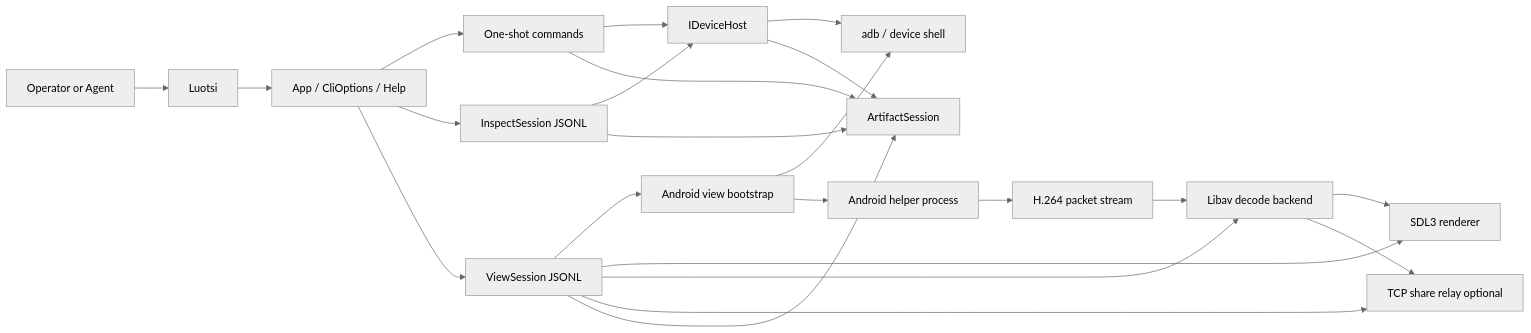
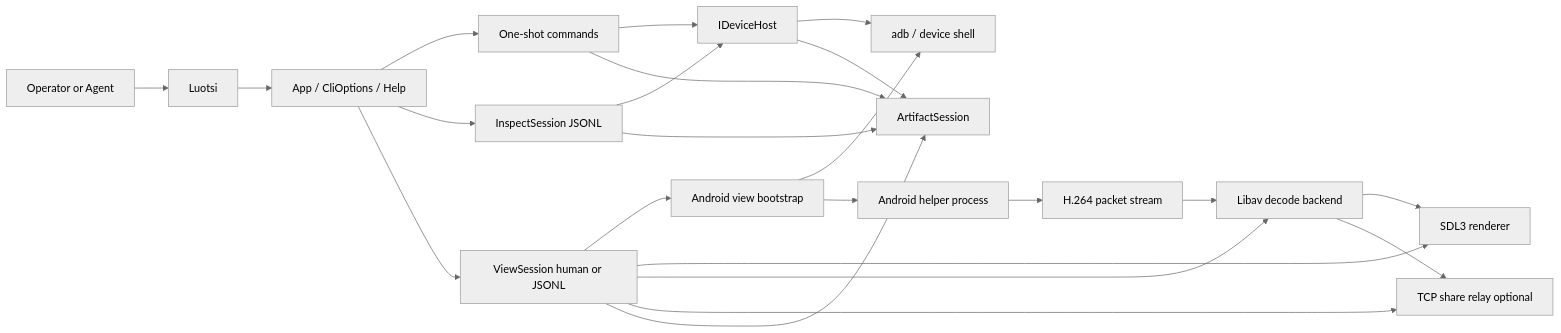
Before and after one commit to digablesolutions/luotsi: the first of 2 diagrams in docs/architecture.md, drawn with Mermaid (neutral theme). The commit also changed other lines of this file and 32 other files, not shown here.

````diff
--- a/docs/architecture.md
+++ b/docs/architecture.md
@@ -15,27 +15,27 @@
 ```mermaid
 flowchart LR
   User[Operator or Agent] --> CLI[Luotsi]
     CLI --> App[App / CliOptions / Help]
     App --> Commands[One-shot commands]
     App --> Inspect[InspectSession JSONL]
-    App --> View[ViewSession JSONL]
+    App --> View[ViewSession human or JSONL]
 
     Commands --> Host[IDeviceHost]
     Inspect --> Host
     View --> Bootstrap[Android view bootstrap]
     View --> Renderer[SDL3 renderer]
     View --> Backend[Libav decode backend]
     View --> Share[TCP share relay optional]
 
     Host --> Adb[adb / device shell]
     Bootstrap --> Adb
     Bootstrap --> Helper[Android helper process]
     Helper --> Stream[H.264 packet stream]
     Stream --> Backend
     Backend --> Renderer
     Backend --> Share
     Host --> Artifacts[ArtifactSession]
     View --> Artifacts
     Commands --> Artifacts
     Inspect --> Artifacts
 ```
````
